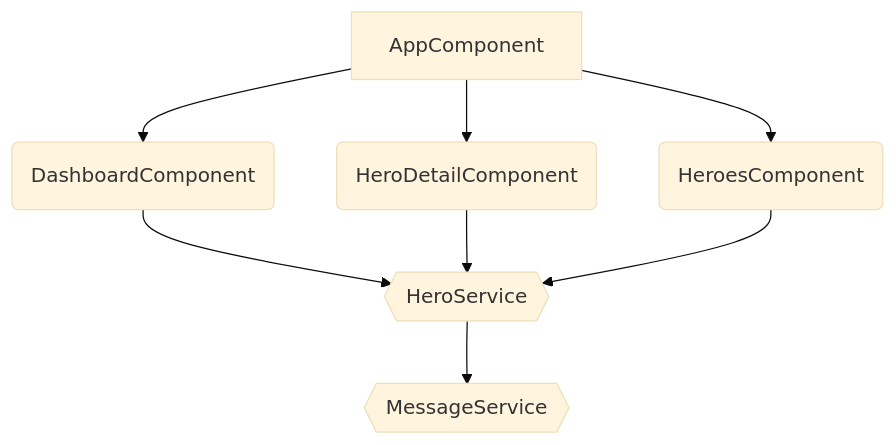
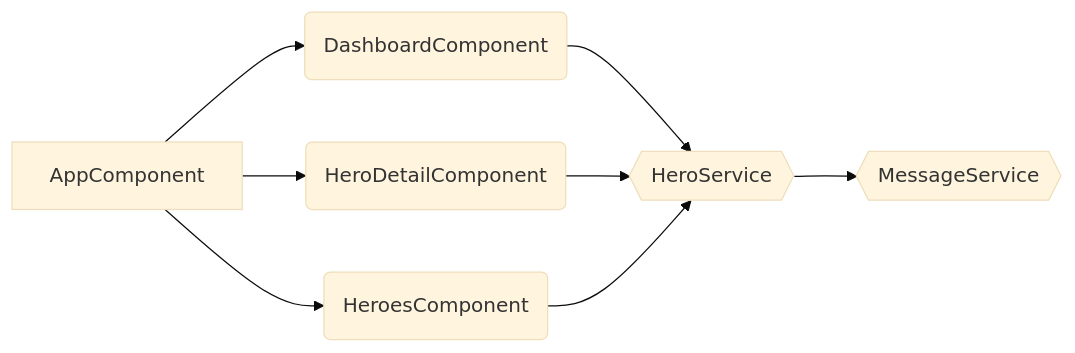
One commit to timonkrebs/ng-component-hierarchy-visualizer changed the diagram in README.md. Above: the diagram before and after it, drawn with Mermaid (base theme). The commit also changed other lines of this file and 1 other file, not shown here.

````diff
--- a/README.md
+++ b/README.md
@@ -37,10 +37,10 @@
 ```mermaid
-flowchart
+flowchart LR
 AppComponent --> DashboardComponent(DashboardComponent)
 AppComponent --> HeroDetailComponent(HeroDetailComponent)
 AppComponent --> HeroesComponent(HeroesComponent)
 DashboardComponent --> HeroService{{HeroService}}
 HeroService --> MessageService{{MessageService}}
 HeroDetailComponent --> HeroService{{HeroService}}
 HeroesComponent --> HeroService{{HeroService}}
 ```
````
